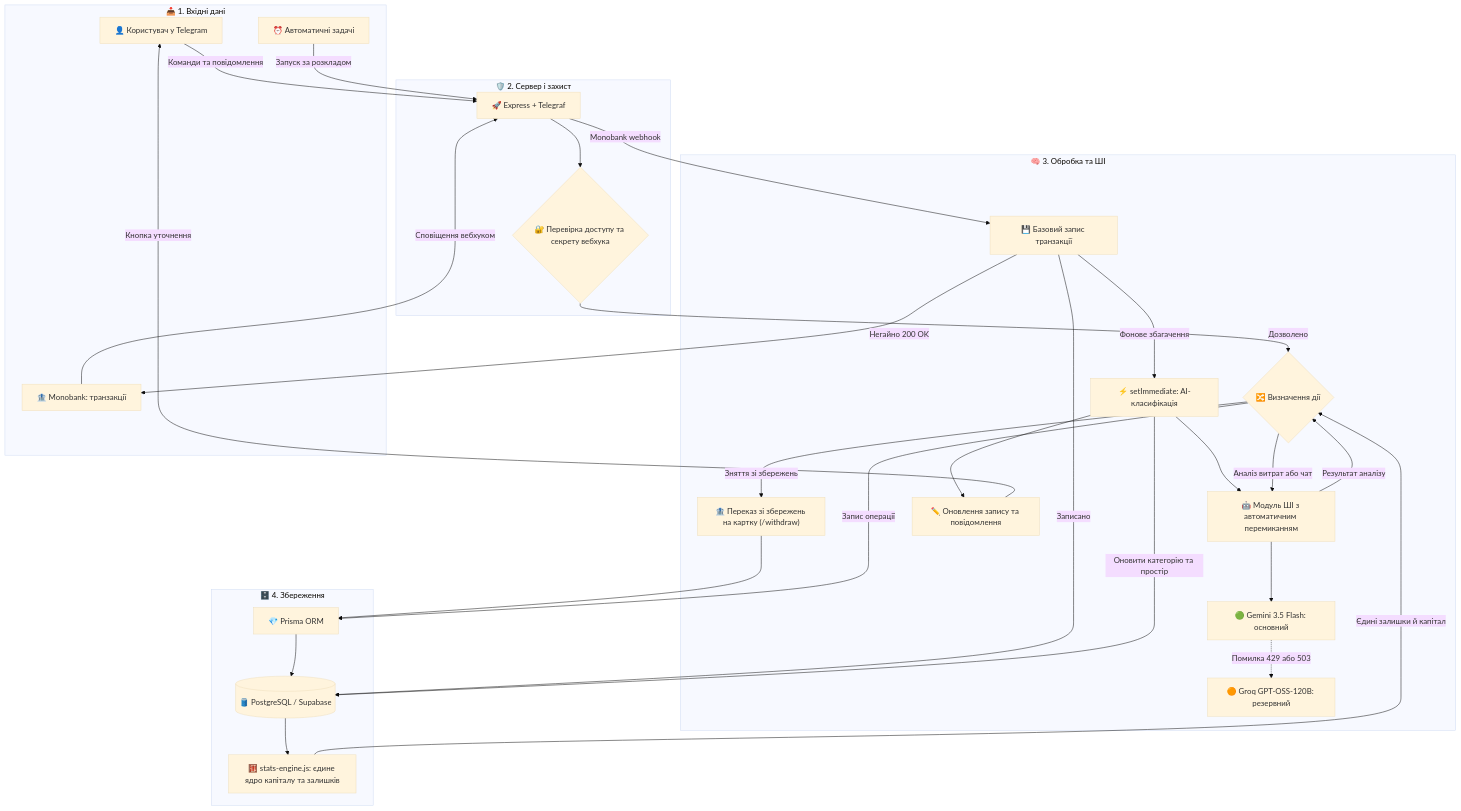
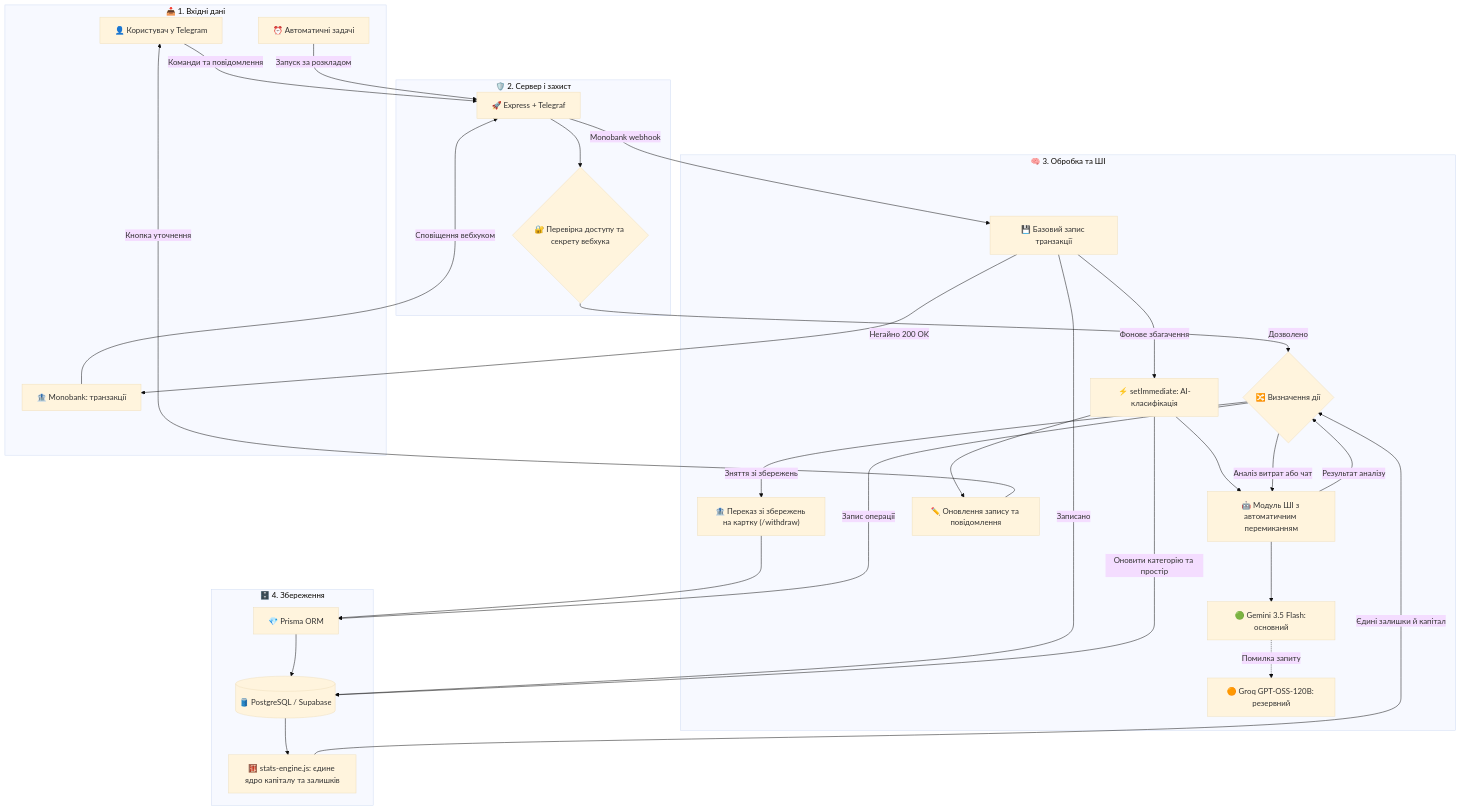
The diagram in README.md (re-FLEXER/Finance-BOT), drawn with Mermaid (base theme) before and after one commit. The commit also changed other lines of this file, not shown here.

````diff
--- a/README.md
+++ b/README.md
@@ -7,60 +7,60 @@
 ```mermaid
 flowchart TD
     %% ВХІДНІ ДАНІ
     subgraph INPUTS["📥 1. Вхідні дані"]
         User["👤 Користувач у Telegram"]
         Mono["🏦 Monobank: транзакції"]
         Cron["⏰ Автоматичні задачі"]
     end
 
     %% СЕРВЕР І ЗАХИСТ
     subgraph CORE["🛡️ 2. Сервер і захист"]
         Server["🚀 Express + Telegraf"]
         Security{"🔐 Перевірка доступу та секрету вебхука"}
     end
 
     %% ОБРОБКА ОПЕРАЦІЙ І ЗАПИТІВ
     subgraph ENGINE["🧠 3. Обробка та ШІ"]
         Router{"🔀 Визначення дії"}
         Withdraw["🏦 Переказ зі збережень на картку (/withdraw)"]
         AI_Module["🤖 Модуль ШІ з автоматичним перемиканням"]
         Gemini["🟢 Gemini 3.5 Flash: основний"]
         Groq["🟠 Groq GPT-OSS-120B: резервний"]
         SaveFirst["💾 Базовий запис транзакції"]
         AsyncAI["⚡ setImmediate: AI-класифікація"]
         Notify["✏️ Оновлення запису та повідомлення"]
     end
 
     %% ЗБЕРІГАННЯ ДАНИХ
     subgraph STORAGE["🗄️ 4. Збереження"]
         Prisma["💎 Prisma ORM"]
         DB[("🛢️ PostgreSQL / Supabase")]
         Stats["🧮 stats-engine.js: єдине ядро капіталу та залишків"]
     end
 
     User -->|Команди та повідомлення| Server
     Mono -->|Сповіщення вебхуком| Server
     Cron -->|Запуск за розкладом| Server
 
     Server --> Security
     Security -->|Дозволено| Router
     Server -->|Monobank webhook| SaveFirst
     SaveFirst -->|Записано| DB
     SaveFirst -->|Негайно 200 OK| Mono
     SaveFirst -->|Фонове збагачення| AsyncAI
     AsyncAI --> AI_Module
     AI_Module --> Gemini
-    Gemini -.->|Помилка 429 або 503| Groq
+    Gemini -.->|Помилка запиту| Groq
     AsyncAI -->|Оновити категорію та простір| DB
     AsyncAI --> Notify
     Notify -->|Кнопка уточнення| User
     Router -->|Зняття зі збережень| Withdraw
     Router -->|Аналіз витрат або чат| AI_Module
     AI_Module -->|Результат аналізу| Router
 
     Withdraw --> Prisma
     Router -->|Запис операції| Prisma
     Prisma --> DB
     DB --> Stats
     Stats -->|Єдині залишки й капітал| Router
 ```
````
